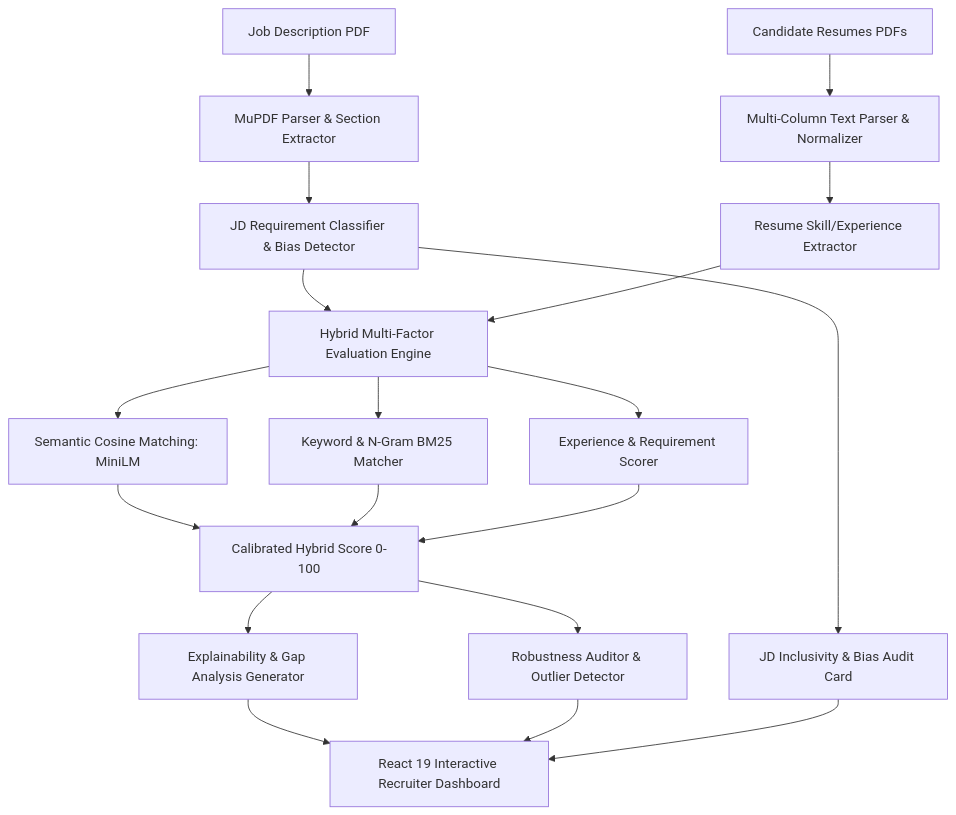
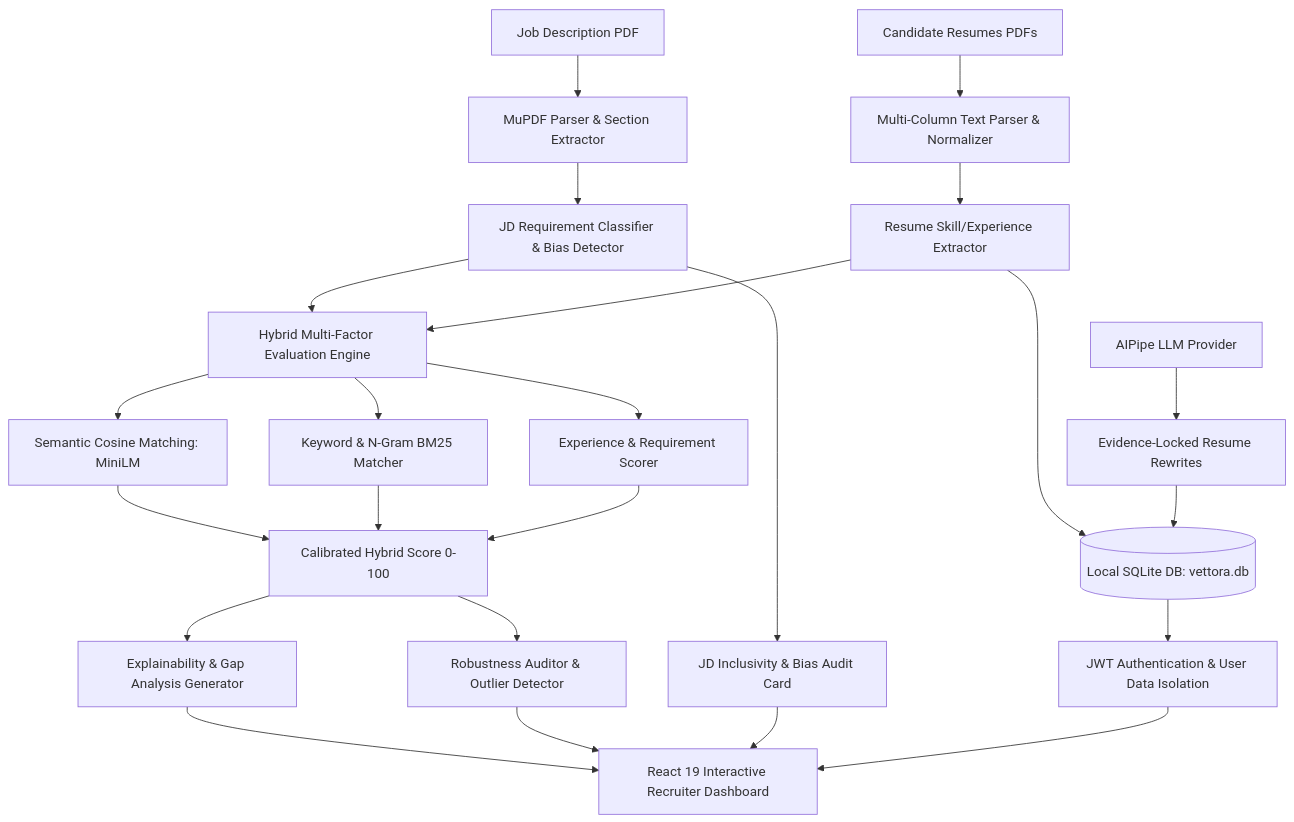
Before and after one commit to jahnaviakveti/Girlsgeek_brocode: the diagram in README.md, drawn with Mermaid. The commit also changed other lines of this file, not shown here.

First line of the commit message:
Rename project from Nexora to Vettora in README

````diff
--- a/README.md
+++ b/README.md
@@ -28,27 +28,35 @@
 ```mermaid
 graph TD
     A[Job Description PDF] --> B[MuPDF Parser & Section Extractor]
     C[Candidate Resumes PDFs] --> D[Multi-Column Text Parser & Normalizer]
     
     B --> E[JD Requirement Classifier & Bias Detector]
     D --> F[Resume Skill/Experience Extractor]
     
     E --> G[Hybrid Multi-Factor Evaluation Engine]
     F --> G
     
     G --> H[Semantic Cosine Matching: MiniLM]
     G --> I[Keyword & N-Gram BM25 Matcher]
     G --> J[Experience & Requirement Scorer]
     
     H --> K[Calibrated Hybrid Score 0-100]
     I --> K
     J --> K
     
     K --> L[Explainability & Gap Analysis Generator]
     K --> M[Robustness Auditor & Outlier Detector]
     
     L --> N[React 19 Interactive Recruiter Dashboard]
     M --> N
     E --> O[JD Inclusivity & Bias Audit Card]
     O --> N
+    
+    %% New architectural flows
+    F --> P[(Local SQLite DB: vettora.db)]
+    P --> Q[JWT Authentication & User Data Isolation]
+    Q --> N
+    
+    R[AIPipe LLM Provider] --> S[Evidence-Locked Resume Rewrites]
+    S --> P
 ```
````
